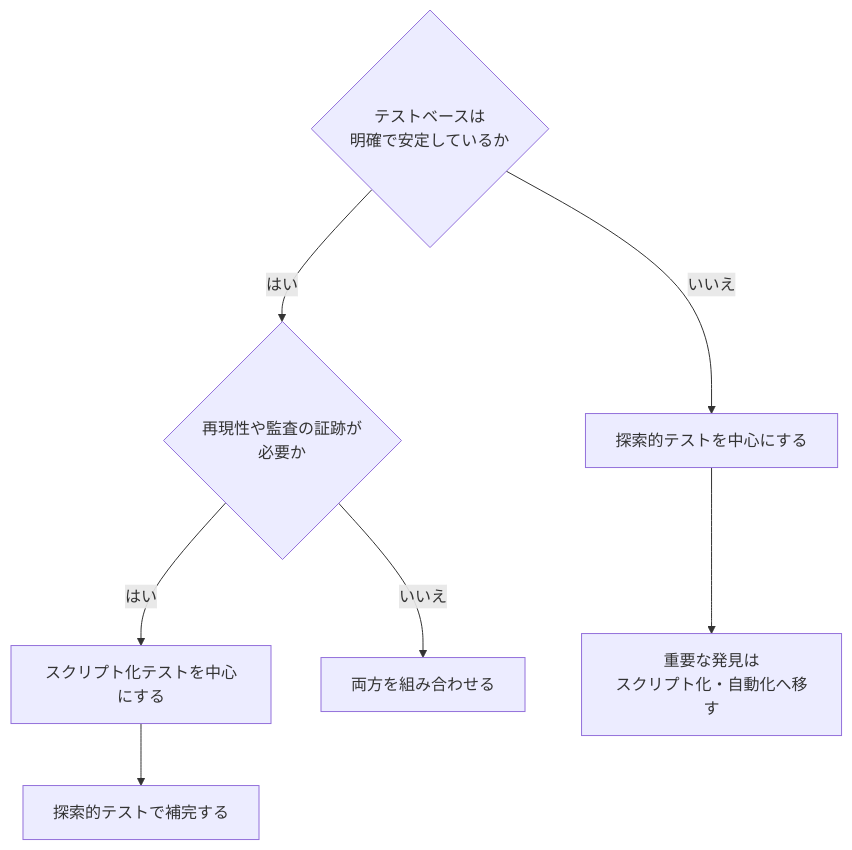
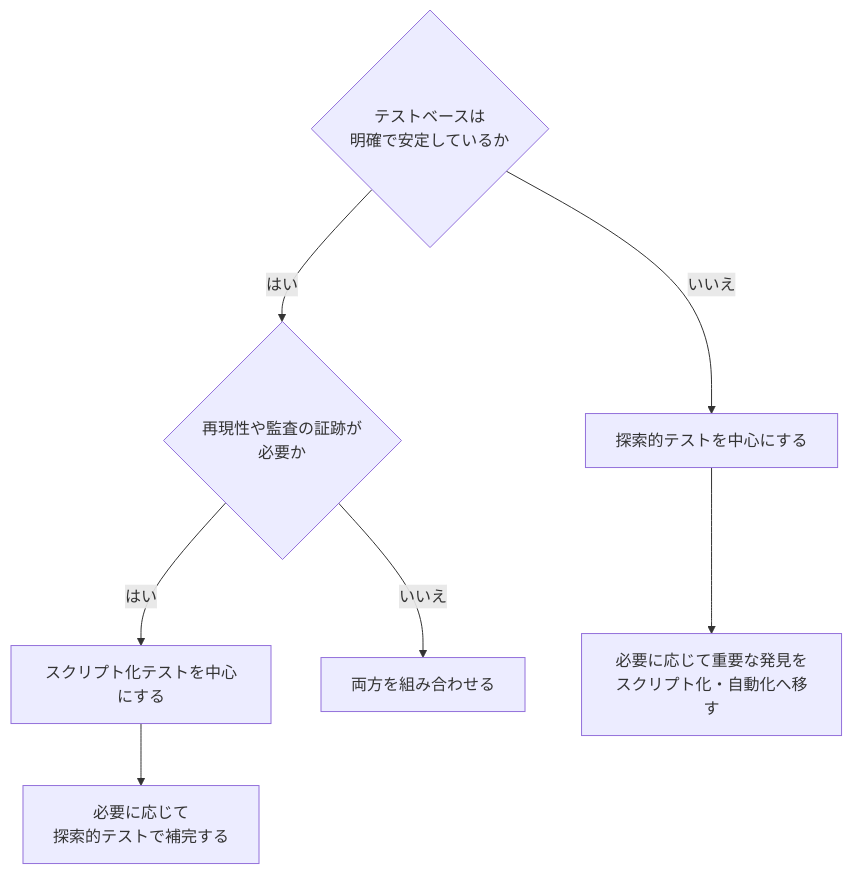
One commit to myoshi2891/Quality-Assurance-Studies changed diagram 12 of 18 in Iso-29119-1-2022-guide.md. Above: the diagram before and after it, drawn with Mermaid. The commit also changed other lines of this file and 2 other files, not shown here.

````diff
--- a/Iso-29119-1-2022-guide.md
+++ b/Iso-29119-1-2022-guide.md
@@ -425,9 +425,9 @@
 ```mermaid
 flowchart TB
     E1{"テストベースは<br/>明確で安定しているか"} -->|"はい"| E2{"再現性や監査の証跡が<br/>必要か"}
     E1 -->|"いいえ"| E5["探索的テストを中心にする"]
     E2 -->|"はい"| E3["スクリプト化テストを中心にする"]
     E2 -->|"いいえ"| E4["両方を組み合わせる"]
-    E3 --> E6["探索的テストで補完する"]
-    E5 --> E7["重要な発見は<br/>スクリプト化・自動化へ移す"]
+    E3 --> E6["必要に応じて<br/>探索的テストで補完する"]
+    E5 --> E7["必要に応じて重要な発見を<br/>スクリプト化・自動化へ移す"]
 ```
````
